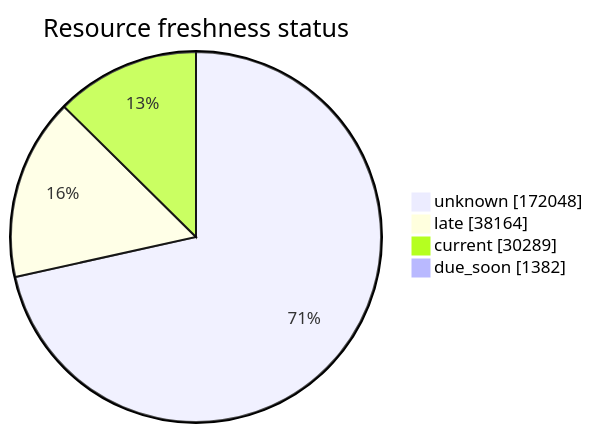
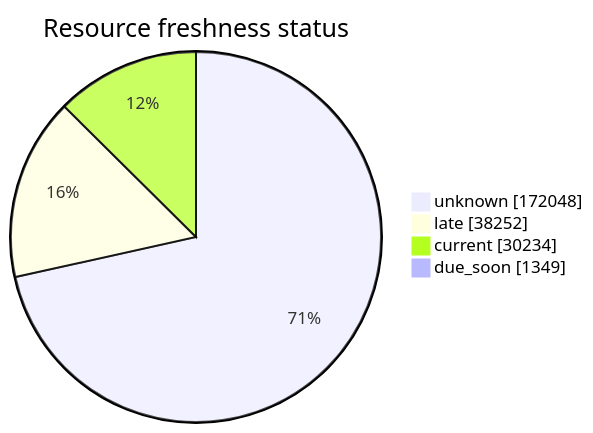
The third of 5 diagrams in FreshCheck/README.md (open-data/analytics-corporate-reporting), drawn with Mermaid before and after one commit. The commit also changed other lines of this file and 3 other files, not shown here.

````diff
--- a/FreshCheck/README.md
+++ b/FreshCheck/README.md
@@ -77,7 +77,7 @@
 ```mermaid
 pie showData title Resource freshness status
     "unknown": 172048
-    "late": 38164
-    "current": 30289
-    "due_soon": 1382
+    "late": 38252
+    "current": 30234
+    "due_soon": 1349
 ```
````
